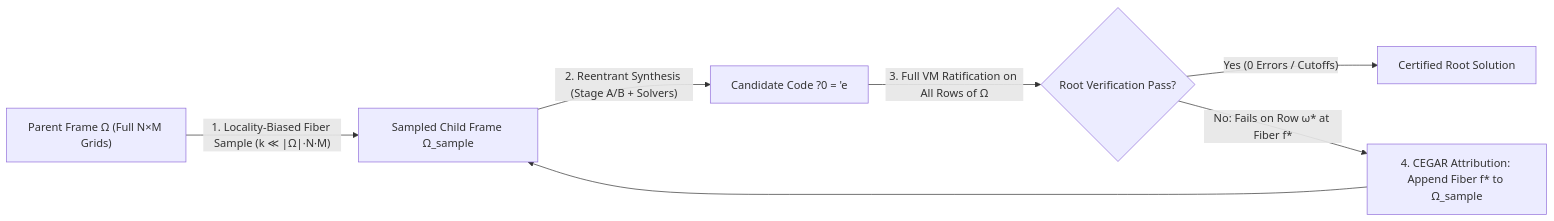
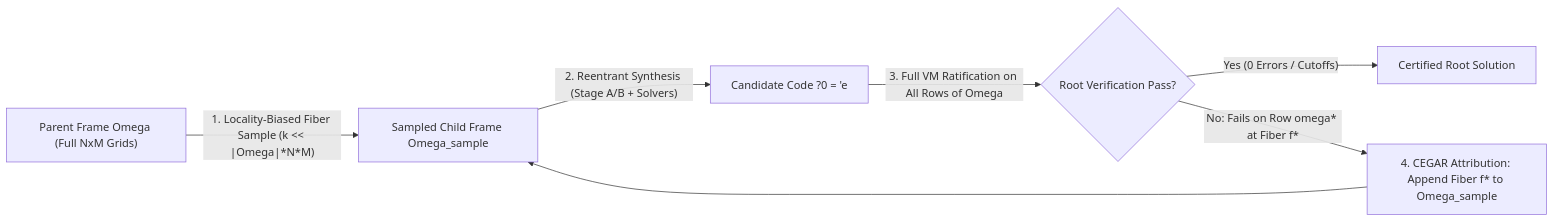
One commit to Astera-org/lisploop changed the diagram in plan7-higher-order.md. Above: the diagram before and after it, drawn with Mermaid. The commit also changed other lines of this file and 23 other files, not shown here.

````diff
--- a/plan7-higher-order.md
+++ b/plan7-higher-order.md
@@ -98,9 +98,9 @@
 ```mermaid
 flowchart LR
-    P["Parent Frame Ω (Full N×M Grids)"] -->|"1. Locality-Biased Fiber Sample (k ≪ |Ω|·N·M)"| S["Sampled Child Frame Ω_sample"]
+    P["Parent Frame Omega (Full NxM Grids)"] -->|"1. Locality-Biased Fiber Sample (k << |Omega|*N*M)"| S["Sampled Child Frame Omega_sample"]
     S -->|"2. Reentrant Synthesis (Stage A/B + Solvers)"| C["Candidate Code ?0 = 'e"]
-    C -->|"3. Full VM Ratification on All Rows of Ω"| V{"Root Verification Pass?"}
+    C -->|"3. Full VM Ratification on All Rows of Omega"| V{"Root Verification Pass?"}
     V -->|"Yes (0 Errors / Cutoffs)"| OK["Certified Root Solution"]
-    V -->|"No: Fails on Row ω* at Fiber f*"| R["4. CEGAR Attribution: Append Fiber f* to Ω_sample"]
+    V -->|"No: Fails on Row omega* at Fiber f*"| R["4. CEGAR Attribution: Append Fiber f* to Omega_sample"]
     R --> S
 ```
````
